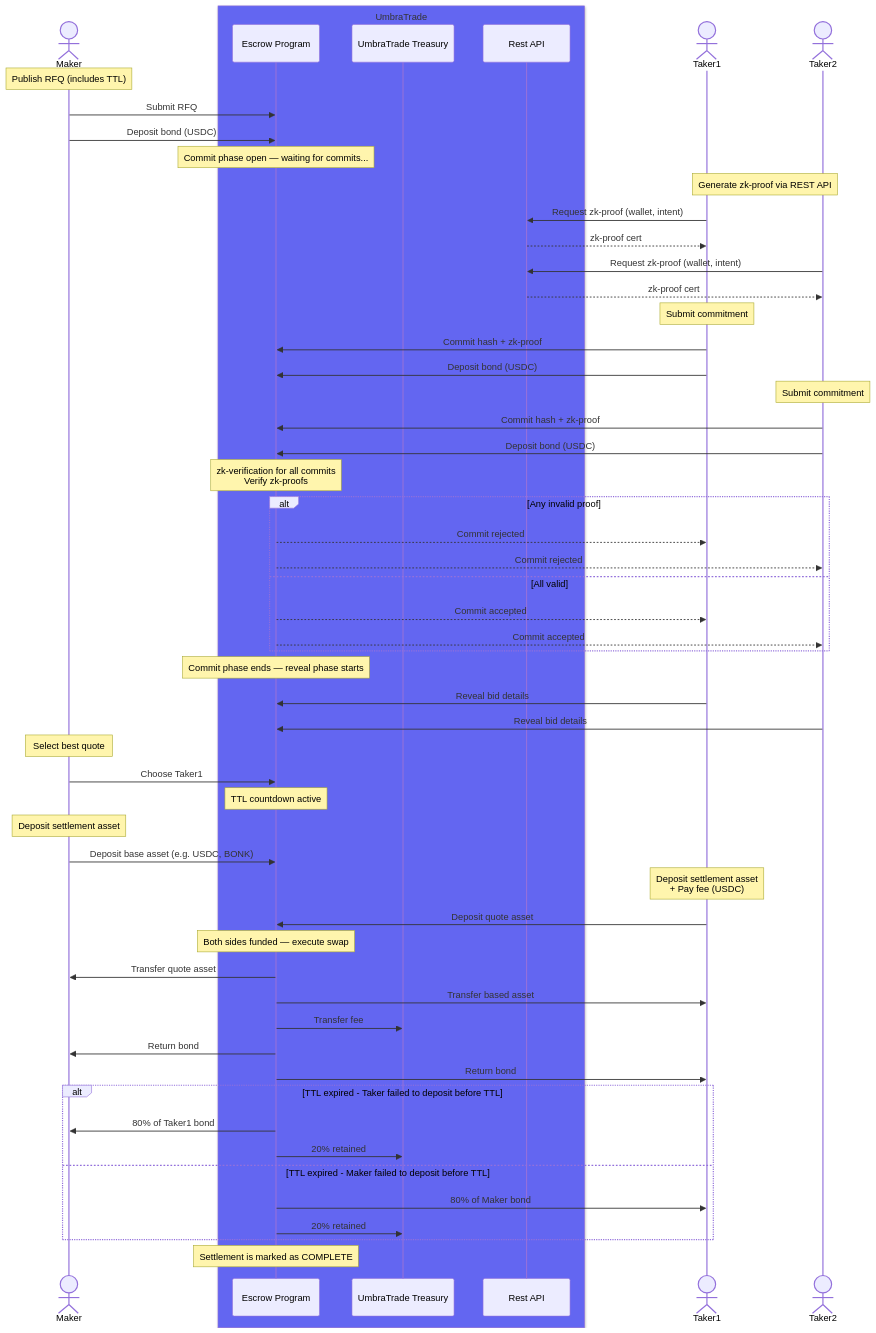
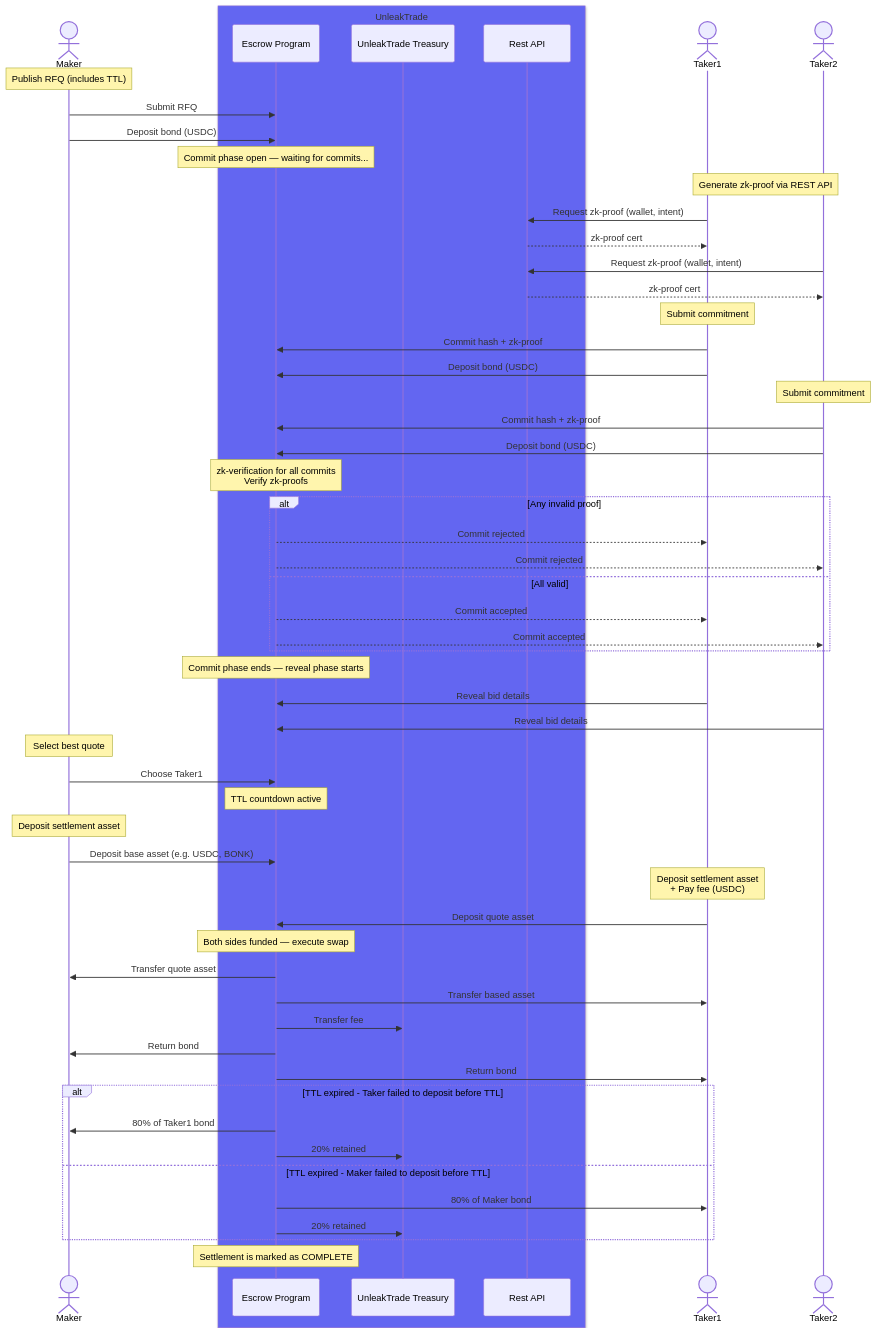
The diagram in README.md (unleaktrade/settlement-engine), drawn with Mermaid before and after one commit. The commit also changed other lines of this file, not shown here.

Commit message:
fix markdown issues

````diff
--- a/README.md
+++ b/README.md
@@ -48,74 +49,74 @@
 ```mermaid
 sequenceDiagram
     actor Maker
-    box rgb(99, 102, 241) UmbraTrade
+    box rgb(99, 102, 241) UnleakTrade
     participant Escrow as Escrow Program
-    participant Wallet as UmbraTrade Treasury
+    participant Wallet as UnleakTrade Treasury
     participant API as Rest API
     end
     actor Taker1
     actor Taker2
 
     Note over Maker: Publish RFQ (includes TTL)
     Maker->>Escrow: Submit RFQ
     Maker->>Escrow: Deposit bond (USDC)
     
     Note over Escrow: Commit phase open — waiting for commits...
 
     Note over Taker1,Taker2: Generate zk-proof via REST API
     Taker1->>API: Request zk-proof (wallet, intent)
     API-->>Taker1: zk-proof cert
     Taker2->>API: Request zk-proof (wallet, intent)
     API-->>Taker2: zk-proof cert
 
     Note over Taker1: Submit commitment
     Taker1->>Escrow: Commit hash + zk-proof
     Taker1->>Escrow: Deposit bond (USDC)
 
     Note over Taker2: Submit commitment
     Taker2->>Escrow: Commit hash + zk-proof
     Taker2->>Escrow: Deposit bond (USDC)
 
     Note over Escrow: zk-verification for all commits<br/>Verify zk-proofs
 
     alt Any invalid proof
         Escrow-->>Taker1: Commit rejected
         Escrow-->>Taker2: Commit rejected
     else All valid
         Escrow-->>Taker1: Commit accepted
         Escrow-->>Taker2: Commit accepted
     end
 
     Note over Escrow: Commit phase ends — reveal phase starts
 
     Taker1->>Escrow: Reveal bid details
     Taker2->>Escrow: Reveal bid details
 
     Note over Maker: Select best quote
     Maker->>Escrow: Choose Taker1
 
     Note over Escrow: TTL countdown active
 
     Note over Maker: Deposit settlement asset
     Maker->>Escrow: Deposit base asset (e.g. USDC, BONK)
 
     Note over Taker1: Deposit settlement asset<br/>+ Pay fee (USDC)
     Taker1->>Escrow: Deposit quote asset
 
     Note over Escrow: Both sides funded — execute swap
     Escrow->>Maker: Transfer quote asset
     Escrow->>Taker1: Transfer based asset
     Escrow->>Wallet: Transfer fee
     Escrow->>Maker: Return bond
     Escrow->>Taker1: Return bond
     
 
     alt TTL expired - Taker failed to deposit before TTL
         Escrow->>Maker: 80% of Taker1 bond
         Escrow->>Wallet: 20% retained
     else TTL expired - Maker failed to deposit before TTL
         Escrow->>Taker1: 80% of Maker bond
         Escrow->>Wallet: 20% retained
     end
-		Note over Escrow: Settlement is marked as COMPLETE
+  Note over Escrow: Settlement is marked as COMPLETE
 ```
````
